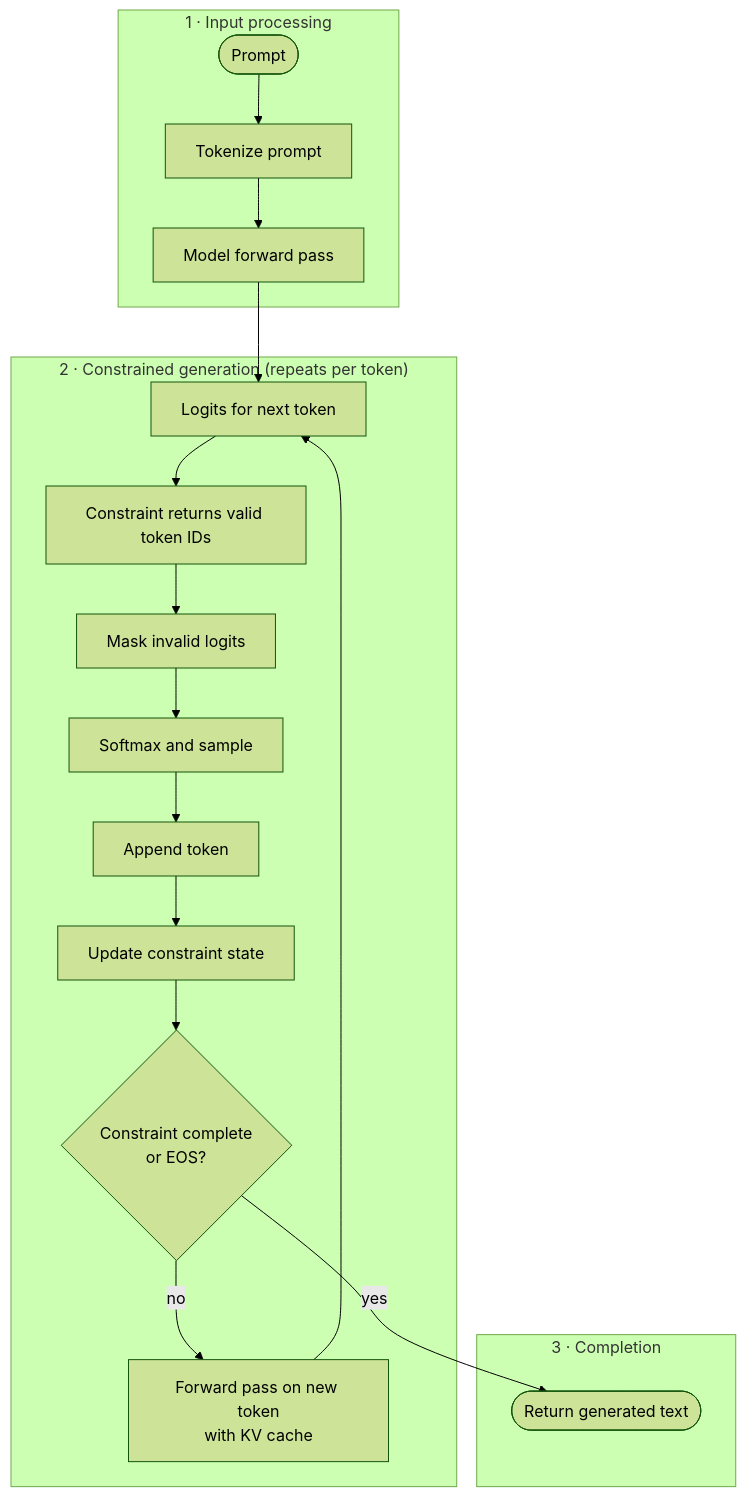
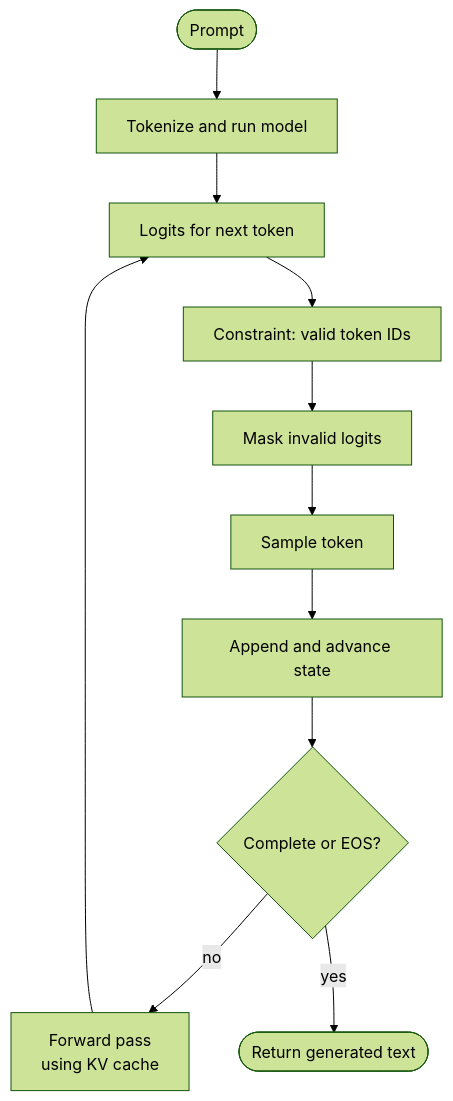
The diagram in README.md (cgnito/tcd), drawn with Mermaid (forest theme) before and after one commit.

Commit message:
update: made flowchart look better

````diff
--- a/README.md
+++ b/README.md
@@ -31,24 +31,13 @@
 ```mermaid
 flowchart TD
-    subgraph input["1 · Input processing"]
-        A(["Prompt"]) --> B["Tokenize prompt"] --> C["Model forward pass"]
-    end
-
-    subgraph generation["2 · Constrained generation (repeats per token)"]
-        D["Logits for next token"] --> E["Constraint returns valid token IDs"]
-        E --> F["Mask invalid logits"]
-        F --> G["Softmax and sample"]
-        G --> H["Append token"]
-        H --> I["Update constraint state"]
-        I --> J{"Constraint complete<br/>or EOS?"}
-        J -- "no" --> K["Forward pass on new token<br/>with KV cache"]
-        K --> D
-    end
-
-    subgraph completion["3 · Completion"]
-        L(["Return generated text"])
-    end
-
-    C --> D
-    J -- "yes" --> L
+    A([Prompt]) --> B[Tokenize and run model]
+    B --> C[Logits for next token]
+    C --> D[Constraint: valid token IDs]
+    D --> E[Mask invalid logits]
+    E --> F[Sample token]
+    F --> G[Append and advance state]
+    G --> H{Complete or EOS?}
+    H -- no --> I[Forward pass<br/>using KV cache]
+    I --> C
+    H -- yes --> J([Return generated text])
 ```
````
